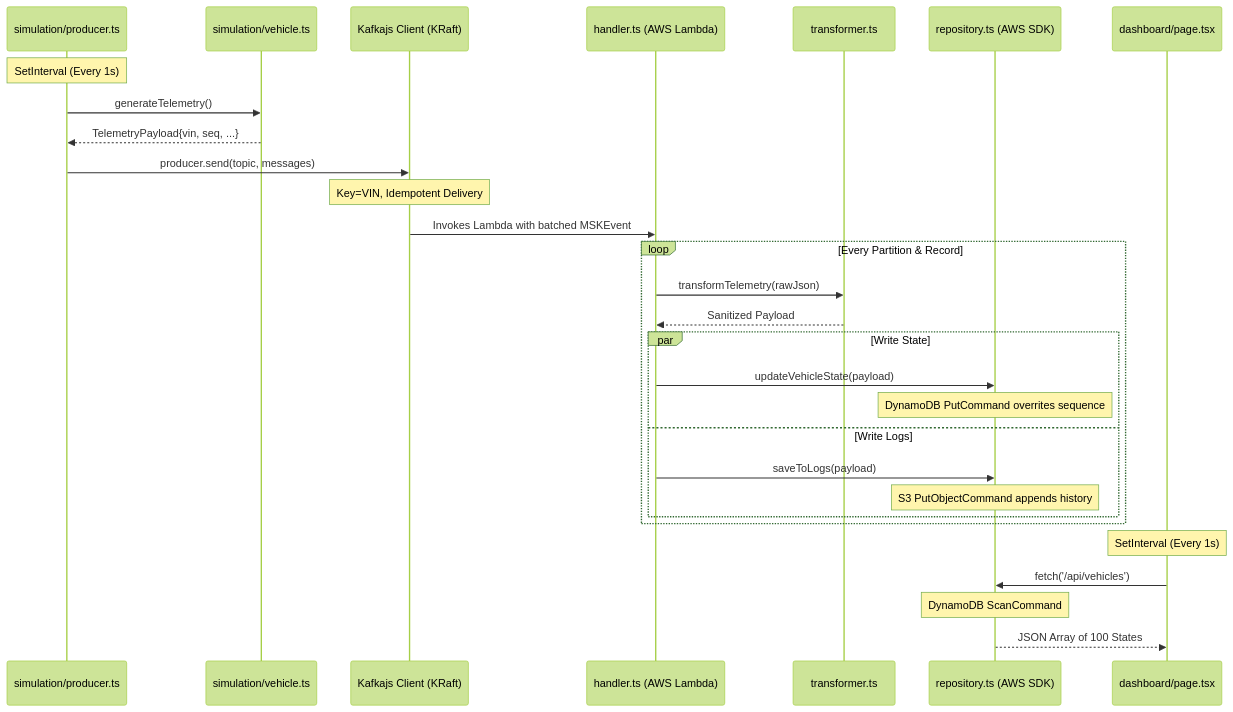
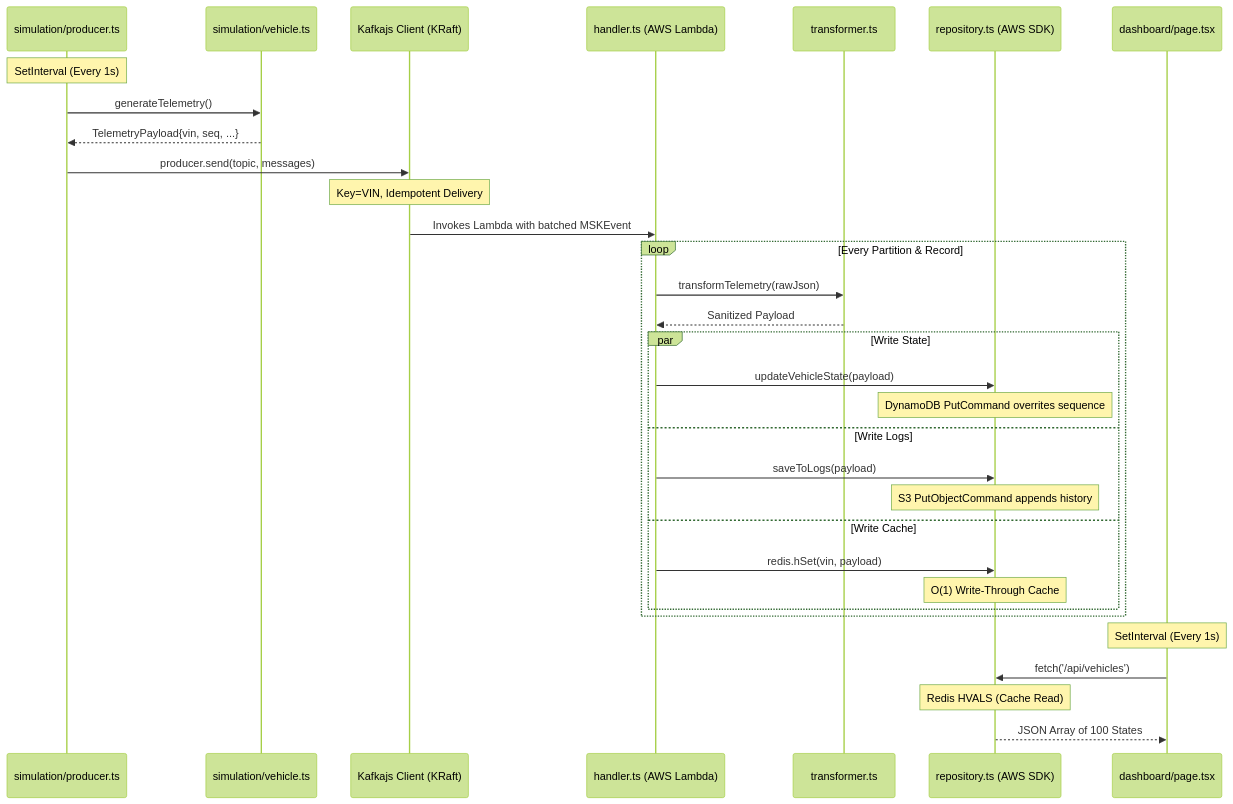
Before and after one commit to VarunU1511/connected-vehicle-sim: the second of 2 diagrams in docs/ARCHITECTURE.md, drawn with Mermaid (forest theme). The commit also changed other lines of this file and 1 other file, not shown here.

Commit message:
docs: update architecture diagrams and readme for redis integration

````diff
--- a/docs/ARCHITECTURE.md
+++ b/docs/ARCHITECTURE.md
@@ -95,37 +99,40 @@
 ```mermaid
 sequenceDiagram
     participant Index as simulation/producer.ts
     participant Car as simulation/vehicle.ts
     participant Broker as Kafkajs Client (KRaft)
     participant Core as handler.ts (AWS Lambda)
     participant Logic as transformer.ts
     participant DB as repository.ts (AWS SDK)
     participant NextJS as dashboard/page.tsx
 
     Note over Index: SetInterval (Every 1s)
     Index->>Car: generateTelemetry()
     Car-->>Index: TelemetryPayload{vin, seq, ...}
     
     Index->>Broker: producer.send(topic, messages)
     Note over Broker: Key=VIN, Idempotent Delivery
     
     Broker->>Core: Invokes Lambda with batched MSKEvent
     
     loop Every Partition & Record
         Core->>Logic: transformTelemetry(rawJson)
         Logic-->>Core: Sanitized Payload
         
         par Write State
             Core->>DB: updateVehicleState(payload)
             Note over DB: DynamoDB PutCommand overrites sequence
         and Write Logs
             Core->>DB: saveToLogs(payload)
             Note over DB: S3 PutObjectCommand appends history
+        and Write Cache
+            Core->>DB: redis.hSet(vin, payload)
+            Note over DB: O(1) Write-Through Cache
         end
     end
     
     Note over NextJS: SetInterval (Every 1s)
     NextJS->>DB: fetch('/api/vehicles')
-    Note over DB: DynamoDB ScanCommand
+    Note over DB: Redis HVALS (Cache Read)
     DB-->>NextJS: JSON Array of 100 States
 ```
````
